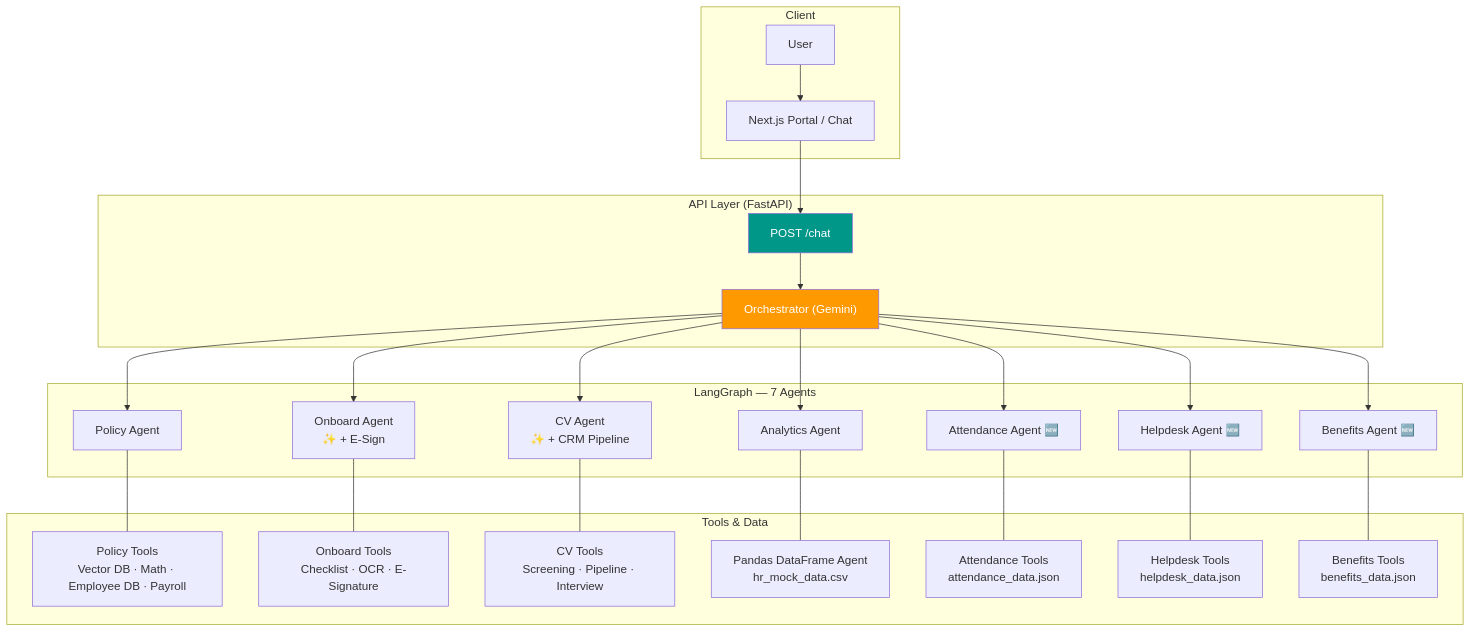
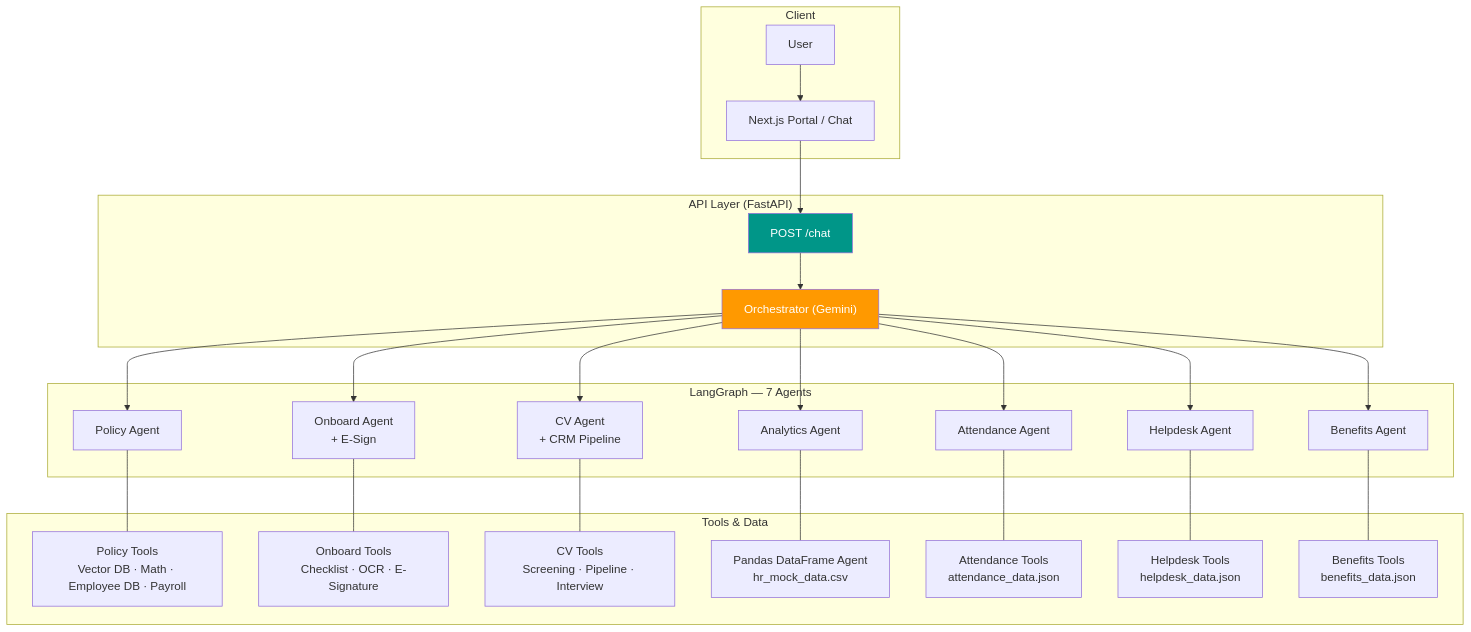
One commit to KhanhKH069/Legal-AI-Assistant changed the diagram in README.md. Above: the diagram before and after it, drawn with Mermaid. The commit also changed other lines of this file and 2 other files, not shown here.

````diff
--- a/README.md
+++ b/README.md
@@ -144,34 +144,34 @@
 ```mermaid
 flowchart TD
     subgraph "Client"
         U["User"] --> F["Next.js Portal / Chat"]
     end
 
     subgraph "API Layer (FastAPI)"
         F --> B["POST /chat"]
         B --> O["Orchestrator (Gemini)"]
 
         style B fill:#009688,color:#fff
         style O fill:#FF9900,color:#fff
     end
 
     subgraph "LangGraph — 7 Agents"
         O --> PA["Policy Agent"]
-        O --> OA["Onboard Agent\n✨ + E-Sign"]
-        O --> CA["CV Agent\n✨ + CRM Pipeline"]
+        O --> OA["Onboard Agent\n + E-Sign"]
+        O --> CA["CV Agent\n + CRM Pipeline"]
         O --> AA["Analytics Agent"]
-        O --> ATT["Attendance Agent 🆕"]
-        O --> HD["Helpdesk Agent 🆕"]
-        O --> BE["Benefits Agent 🆕"]
+        O --> ATT["Attendance Agent "]
+        O --> HD["Helpdesk Agent "]
+        O --> BE["Benefits Agent "]
     end
 
     subgraph "Tools & Data"
         PA --- PT["Policy Tools\nVector DB · Math · Employee DB · Payroll"]
         OA --- OT["Onboard Tools\nChecklist · OCR · E-Signature"]
         CA --- CT["CV Tools\nScreening · Pipeline · Interview"]
         AA --- AT["Pandas DataFrame Agent\nhr_mock_data.csv"]
         ATT --- ATTT["Attendance Tools\nattendance_data.json"]
         HD --- HDT["Helpdesk Tools\nhelpdesk_data.json"]
         BE --- BET["Benefits Tools\nbenefits_data.json"]
     end
 ```
````
